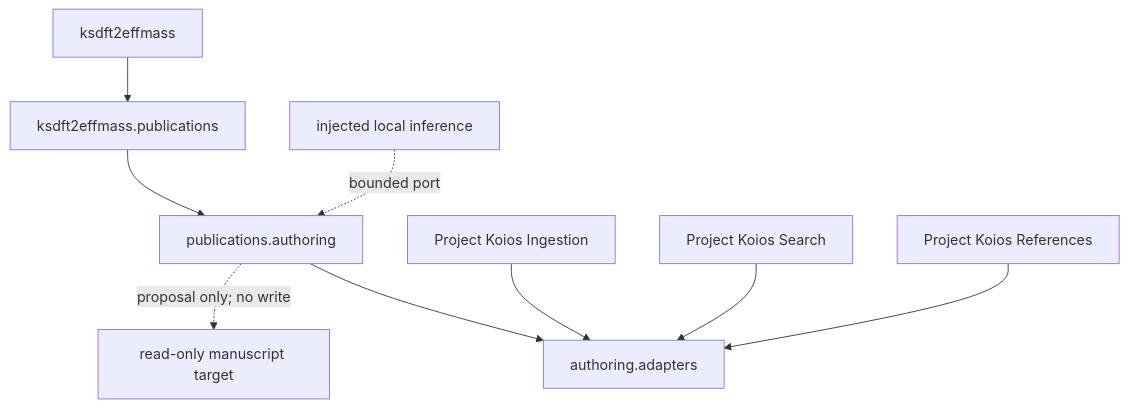
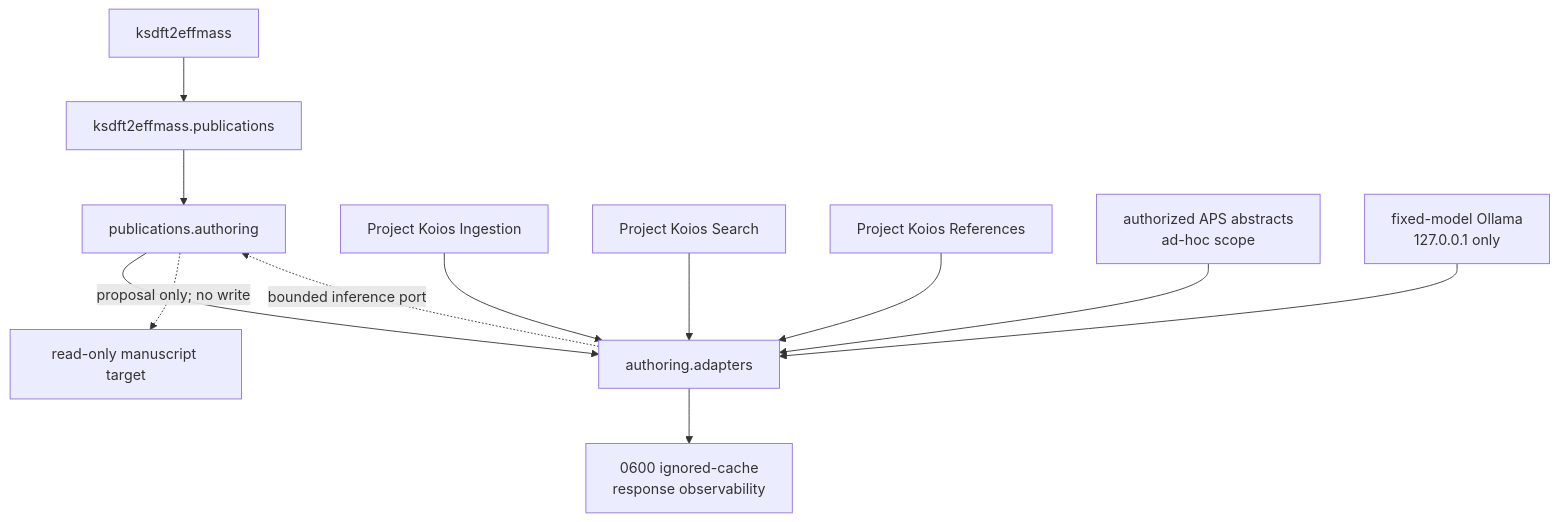
The diagram in docs/architecture/ksdft2effmass/schematic.md (eragasa/ksdft2effmass), drawn with Mermaid before and after one commit. The commit also changed 71 other files, not shown here.

Commit message:
Add retained local abstract authoring path

````diff
--- a/docs/architecture/ksdft2effmass/schematic.md
+++ b/docs/architecture/ksdft2effmass/schematic.md
@@ -3,11 +3,14 @@
 ```mermaid
 flowchart TB
     Root["ksdft2effmass"] --> Publications["ksdft2effmass.publications"]
     Publications --> Authoring["publications.authoring"]
     Authoring --> Adapters["authoring.adapters"]
     Ingestion["Project Koios Ingestion"] --> Adapters
     Search["Project Koios Search"] --> Adapters
     References["Project Koios References"] --> Adapters
-    LocalInference["injected local inference"] -. "bounded port" .-> Authoring
+    Abstracts["authorized APS abstracts<br/>ad-hoc scope"] --> Adapters
+    Ollama["fixed-model Ollama<br/>127.0.0.1 only"] --> Adapters
+    Adapters --> Cache["0600 ignored-cache<br/>response observability"]
+    Adapters -. "bounded inference port" .-> Authoring
     Authoring -. "proposal only; no write" .-> Manuscript["read-only manuscript target"]
 ```
````
